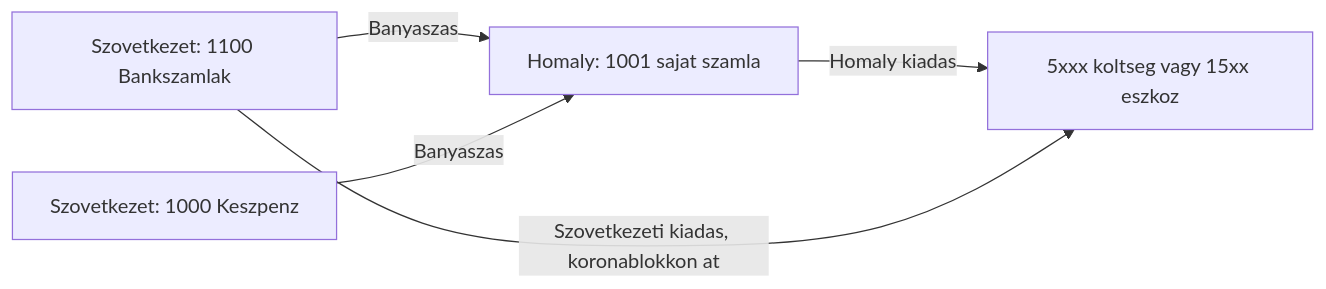
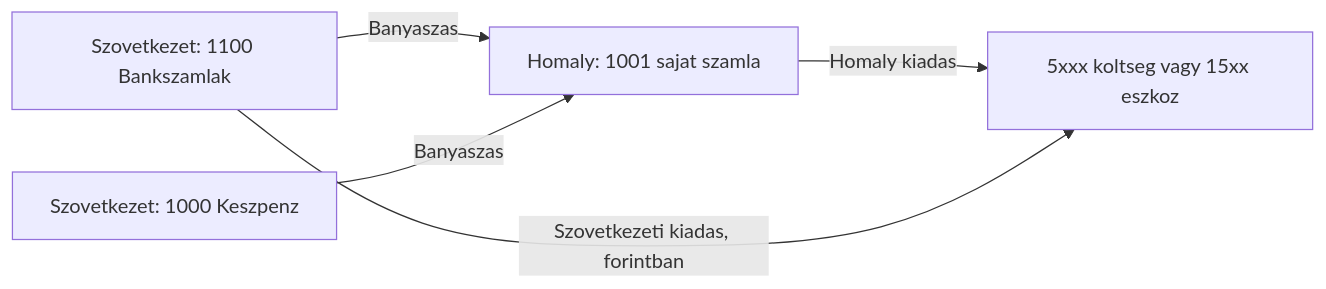
The first of 15 diagrams in docs/transaction-workflow.md (pitiboy/curr), drawn with Mermaid before and after one commit. The commit also changed other lines of this file and 1 other file, not shown here.

````diff
--- a/docs/transaction-workflow.md
+++ b/docs/transaction-workflow.md
@@ -52,12 +54,12 @@
 ```mermaid
 flowchart LR
   bank["Szovetkezet: 1100 Bankszamlak"]
   penztar["Szovetkezet: 1000 Keszpenz"]
   sajat["Homaly: 1001 sajat szamla"]
   koltseg["5xxx koltseg vagy 15xx eszkoz"]
 
   bank -- "Banyaszas" --> sajat
   penztar -- "Banyaszas" --> sajat
   sajat -- "Homaly kiadas" --> koltseg
-  bank -- "Szovetkezeti kiadas, koronablokkon at" --> koltseg
+  bank -- "Szovetkezeti kiadas, forintban" --> koltseg
 ```
````
